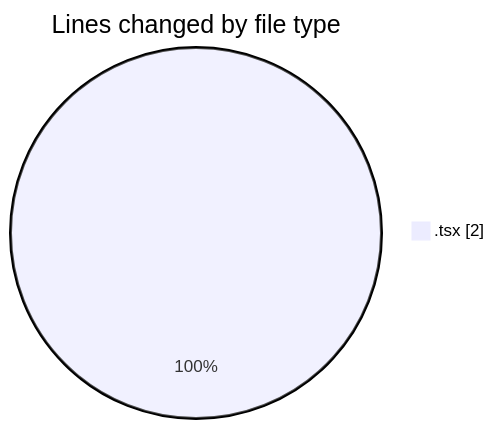
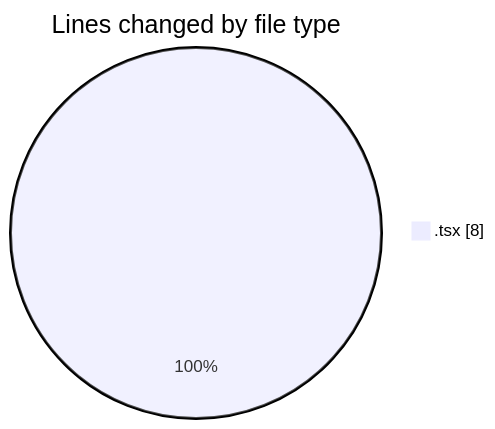
One commit to momahboobian/code-tracking changed the first of 2 diagrams in 2026-04-15/cda/README.md. Above: the diagram before and after it, drawn with Mermaid. The commit also changed other lines of this file and 1 other file, not shown here.

````diff
--- a/2026-04-15/cda/README.md
+++ b/2026-04-15/cda/README.md
@@ -20,5 +20,5 @@
 ```mermaid
 pie showData
 title Lines changed by file type
-".tsx" : 2
+".tsx" : 8
 ```
````
